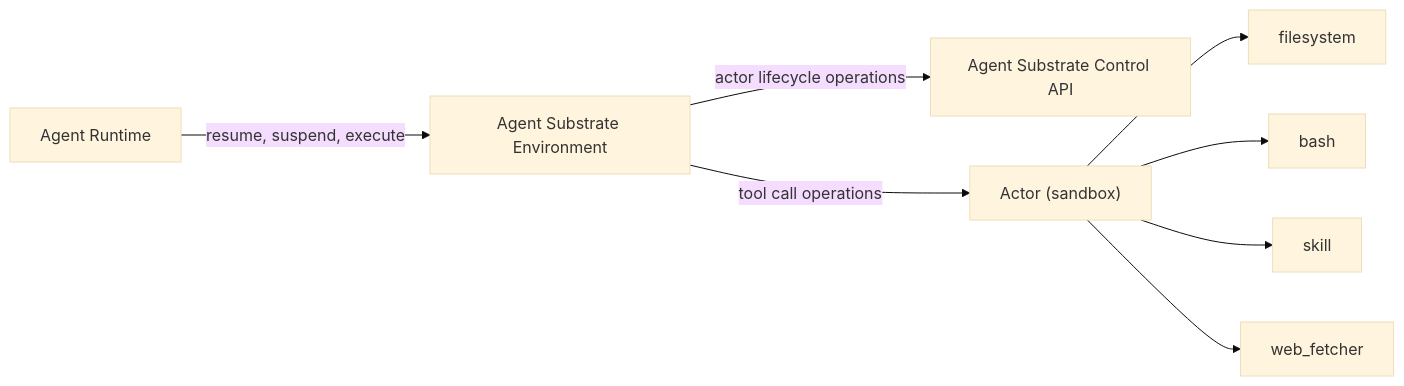
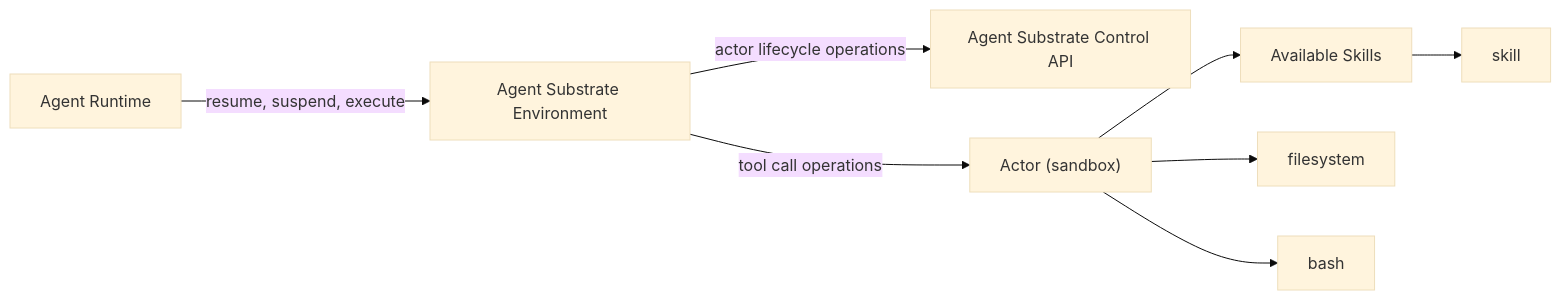
The diagram in README.md (rakyll/ate-env), drawn with Mermaid (base theme) before and after one commit.

Commit message:
docs: update architecture diagram to reflect actor-skill hierarchy

````diff
--- a/README.md
+++ b/README.md
@@ -13,16 +13,15 @@
 ```mermaid
 %%{init: {"flowchart": {"diagramPadding": 80}}}%%
 flowchart LR
     runtime["Agent Runtime"]
     env["Agent Substrate Environment"]
     substrate["Agent Substrate Control API"]
     actor["Actor (sandbox)"]
 
     runtime -->|resume, suspend, execute| env
     env -->|actor lifecycle operations| substrate
     env -->|tool call operations| actor
+    actor --> available_skills["Available Skills"] --> skill
     actor --> filesystem
     actor --> bash
-    actor --> skill
-    actor --> web_fetcher
 ```
````
